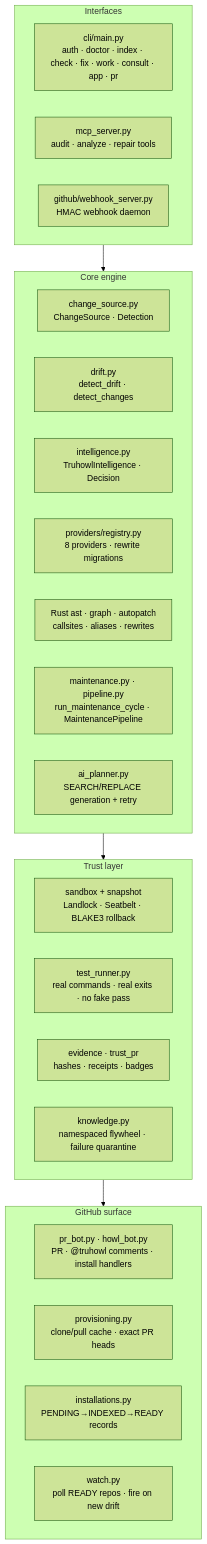
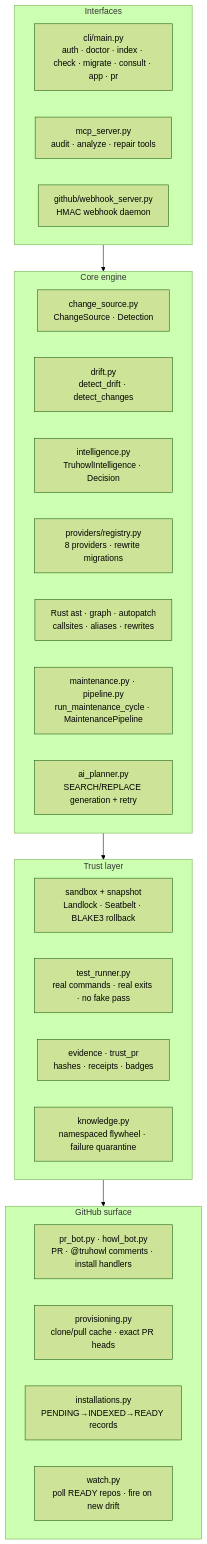
One commit to Devaretanmay/truhowl changed the third of 3 diagrams in docs/SYSTEM_MAP.md. Above: the diagram before and after it, drawn with Mermaid (forest theme). The commit also changed other lines of this file and 16 other files, not shown here.

````diff
--- a/docs/SYSTEM_MAP.md
+++ b/docs/SYSTEM_MAP.md
@@ -34,30 +34,30 @@
 ```mermaid
 flowchart TD
     subgraph IN["Interfaces"]
-        CLI["cli/main.py<br/>auth · doctor · index · check · fix · work · consult · app · pr"]
+        CLI["cli/main.py<br/>auth · doctor · index · check · migrate · consult · app · pr"]
         MCP["mcp_server.py<br/>audit · analyze · repair tools"]
         WH["github/webhook_server.py<br/>HMAC webhook daemon"]
     end
     subgraph CORE["Core engine"]
         CS["change_source.py<br/>ChangeSource · Detection"]
         DRIFT["drift.py<br/>detect_drift · detect_changes"]
         INTEL["intelligence.py<br/>TruhowlIntelligence · Decision"]
         REG["providers/registry.py<br/>8 providers · rewrite migrations"]
         AST["Rust ast · graph · autopatch<br/>callsites · aliases · rewrites"]
         PLAN["maintenance.py · pipeline.py<br/>run_maintenance_cycle · MaintenancePipeline"]
         AIplan["ai_planner.py<br/>SEARCH/REPLACE generation + retry"]
     end
     subgraph TRUST["Trust layer"]
         SB["sandbox + snapshot<br/>Landlock · Seatbelt · BLAKE3 rollback"]
         TR["test_runner.py<br/>real commands · real exits · no fake pass"]
         EV2["evidence · trust_pr<br/>hashes · receipts · badges"]
         KB["knowledge.py<br/>namespaced flywheel · failure quarantine"]
     end
     subgraph GH["GitHub surface"]
         BOT["pr_bot.py · howl_bot.py<br/>PR · @truhowl comments · install handlers"]
         PROV["provisioning.py<br/>clone/pull cache · exact PR heads"]
         INST["installations.py<br/>PENDING→INDEXED→READY records"]
         WATCH["watch.py<br/>poll READY repos · fire on new drift"]
     end
     IN --> CORE --> TRUST --> GH
 ```
````
